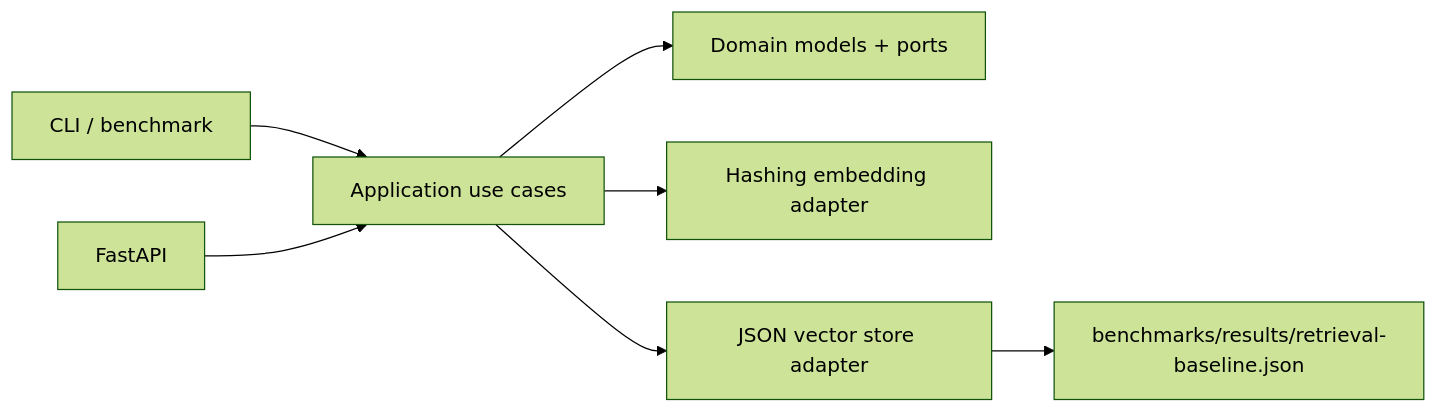
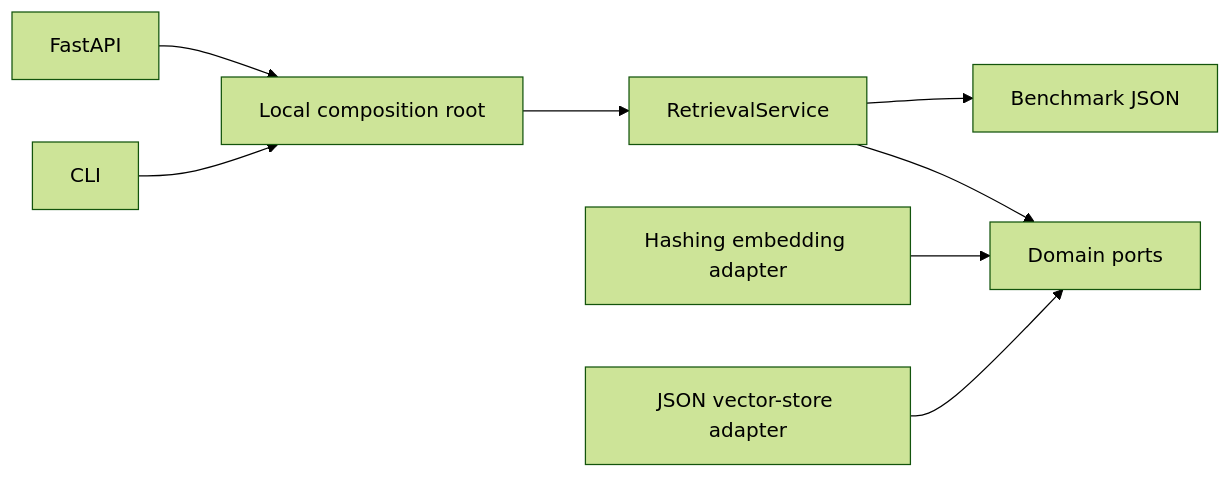
The diagram in README.md (Brilhante29/rag-knowledge-base), drawn with Mermaid (forest theme) before and after one commit. The commit also changed other lines of this file and 49 other files, not shown here.

````diff
--- a/README.md
+++ b/README.md
@@ -21,9 +22,10 @@
 ```mermaid
 flowchart LR
-  CLI["CLI / benchmark"] --> UC["Application use cases"]
-  API["FastAPI"] --> UC
-  UC --> Domain["Domain models + ports"]
-  UC --> Embed["Hashing embedding adapter"]
-  UC --> Store["JSON vector store adapter"]
-  Store --> Result["benchmarks/results/retrieval-baseline.json"]
+  CLI["CLI"] --> Composition["Local composition root"]
+  API["FastAPI"] --> Composition
+  Composition --> Service["RetrievalService"]
+  Service --> Ports["Domain ports"]
+  Embed["Hashing embedding adapter"] --> Ports
+  Store["JSON vector-store adapter"] --> Ports
+  Service --> Result["Benchmark JSON"]
 ```
````
